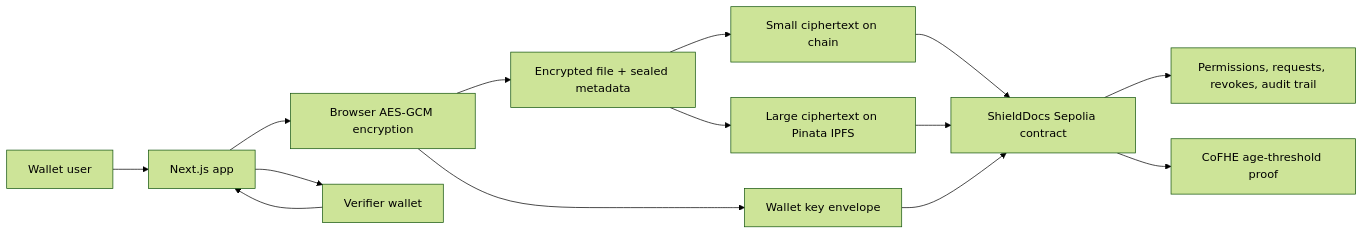
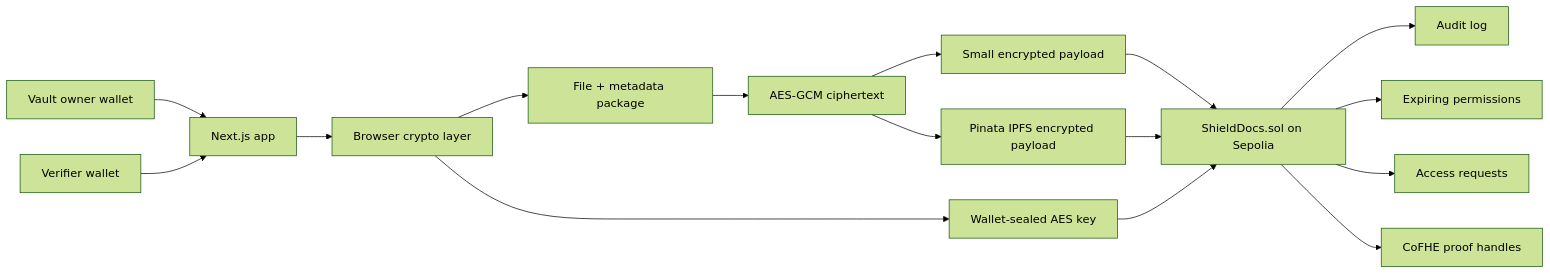
One commit to akshitaswami2000-lgtm/ShieldDocs changed the diagram in README.md. Above: the diagram before and after it, drawn with Mermaid (forest theme). The commit also changed other lines of this file, not shown here.

Commit message:
Enhance README.md with updated project description, status, and user flows. Added visual elements and improved formatting for clarity. Included links to live app and Sepolia contract, and detailed the app's functionality and importance for sensitive document management.

````diff
--- a/README.md
+++ b/README.md
@@ -125,16 +148,18 @@
 ```mermaid
 flowchart LR
-  User["Wallet user"] --> UI["Next.js app"]
-  UI --> Crypto["Browser AES-GCM encryption"]
-  Crypto --> Meta["Encrypted file + sealed metadata"]
-  Crypto --> Wallet["Wallet key envelope"]
-  Meta --> Small["Small ciphertext on chain"]
-  Meta --> Large["Large ciphertext on Pinata IPFS"]
-  Small --> Contract["ShieldDocs Sepolia contract"]
-  Large --> Contract
-  Wallet --> Contract
-  Contract --> Audit["Permissions, requests, revokes, audit trail"]
-  Contract --> Cofhe["CoFHE age-threshold proof"]
+  Owner["Vault owner wallet"] --> UI["Next.js app"]
   Verifier["Verifier wallet"] --> UI
-  UI --> Verifier
+  UI --> Crypto["Browser crypto layer"]
+  Crypto --> Pack["File + metadata package"]
+  Pack --> AES["AES-GCM ciphertext"]
+  Crypto --> Envelope["Wallet-sealed AES key"]
+  AES --> Inline["Small encrypted payload"]
+  AES --> IPFS["Pinata IPFS encrypted payload"]
+  Inline --> Contract["ShieldDocs.sol on Sepolia"]
+  IPFS --> Contract
+  Envelope --> Contract
+  Contract --> Audit["Audit log"]
+  Contract --> Permissions["Expiring permissions"]
+  Contract --> Requests["Access requests"]
+  Contract --> Proofs["CoFHE proof handles"]
 ```
````
